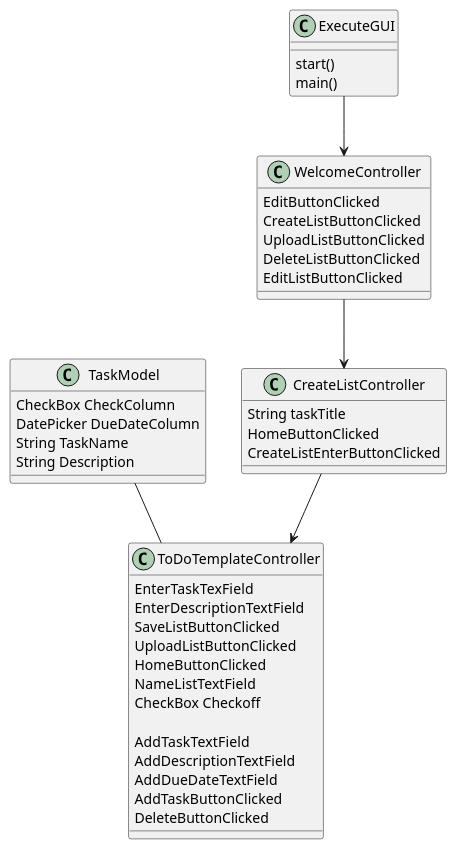
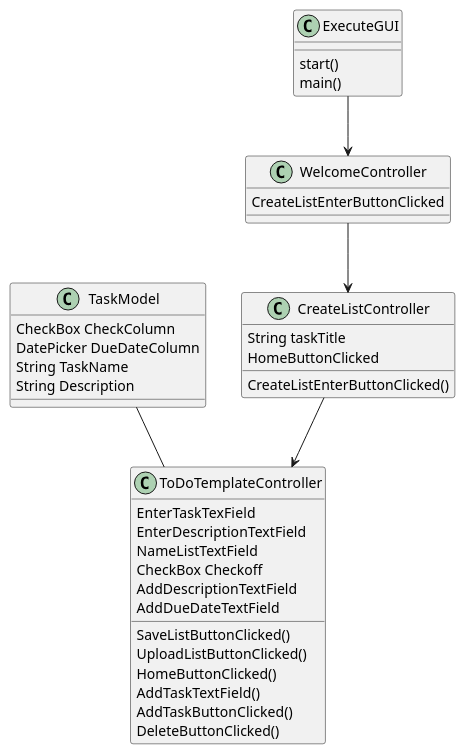
Before and after one commit to korinneramcharitar/Ramcharitar-cop3330-assignment4part2: the diagram in UML/ToDoList.puml, drawn with PlantUML.

```diff
--- a/UML/ToDoList.puml
+++ b/UML/ToDoList.puml
@@ -1,58 +1,51 @@
 @startuml
 Class ToDoTemplateController{
-
 EnterTaskTexField
 EnterDescriptionTextField
-SaveListButtonClicked
-UploadListButtonClicked
-HomeButtonClicked
+SaveListButtonClicked()
+UploadListButtonClicked()
+HomeButtonClicked()
 NameListTextField
 CheckBox Checkoff
-
-AddTaskTextField
+AddTaskTextField()
 AddDescriptionTextField
 AddDueDateTextField
-AddTaskButtonClicked
-DeleteButtonClicked
+AddTaskButtonClicked()
+DeleteButtonClicked()
 }
 
 Class TaskModel{
 CheckBox CheckColumn
 DatePicker DueDateColumn
 String TaskName
 String Description
 }
 
 Class WelcomeController{
-
-EditButtonClicked
-CreateListButtonClicked
-UploadListButtonClicked
-DeleteListButtonClicked
-EditListButtonClicked
+CreateListEnterButtonClicked
 }
 
 Class CreateListController{
 String taskTitle
 HomeButtonClicked
-CreateListEnterButtonClicked
+CreateListEnterButtonClicked()
 }
 
 
 Class ExecuteGUI{
 start()
 main()
 }
 
 WelcomeController-->CreateListController
 CreateListController-->ToDoTemplateController
 ExecuteGUI-->WelcomeController
 
 TaskModel--ToDoTemplateController
 
 
 
 
 
 
 @enduml
```
